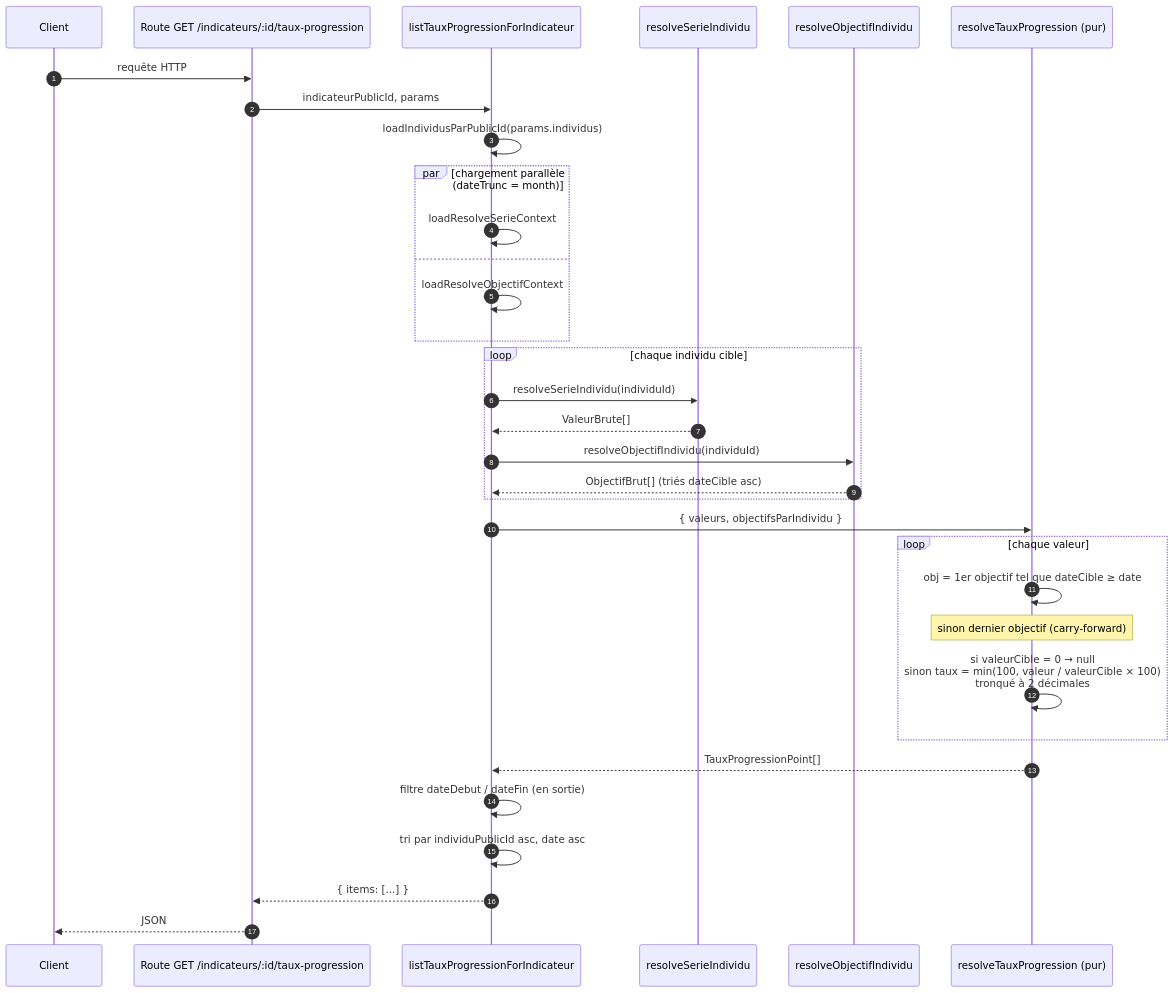
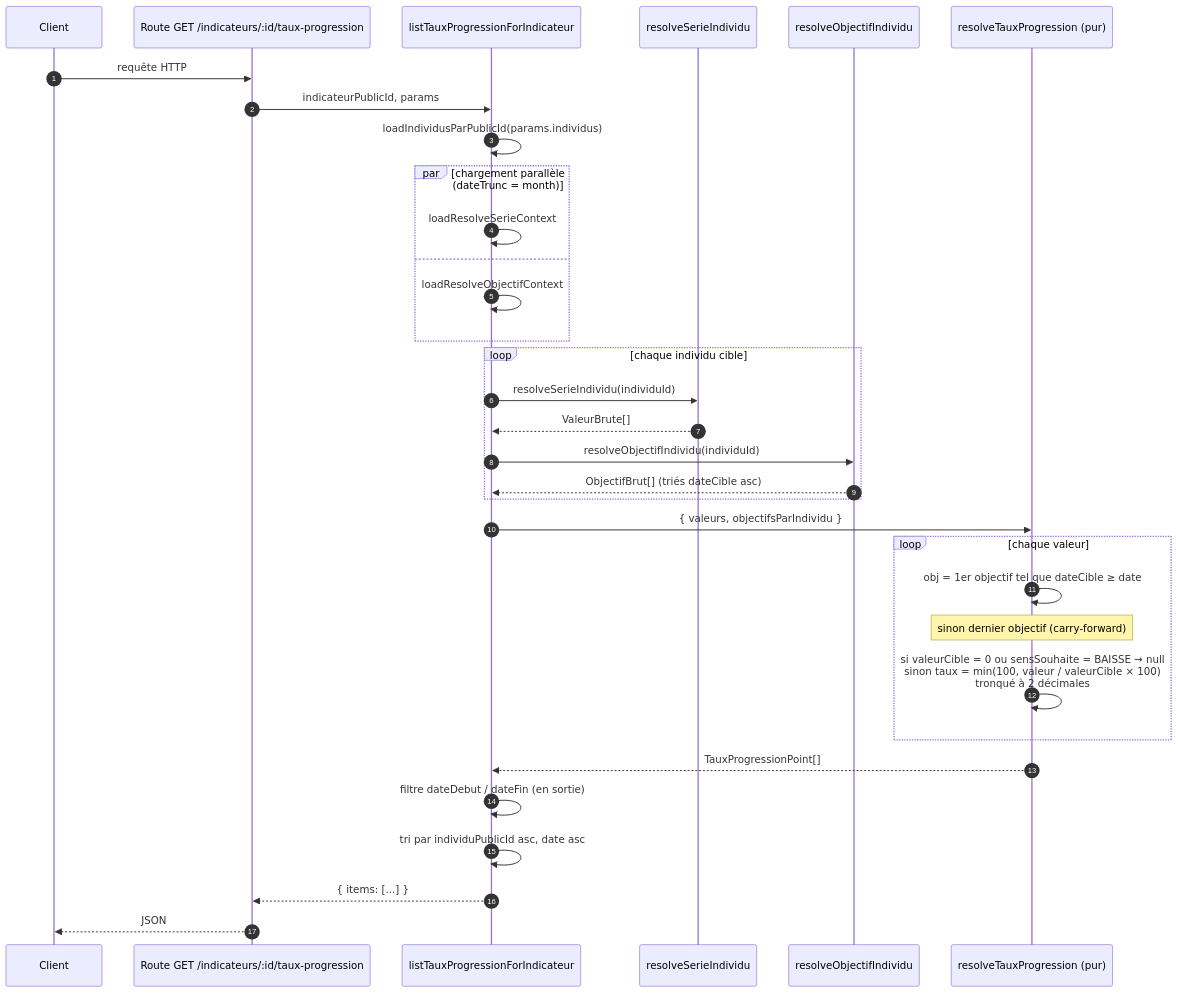
The first of 3 diagrams in apps/kpilote-api/docs/architecture/taux-progression.md (DITP-pilotage/pilote-2), drawn with Mermaid before and after one commit. The commit also changed other lines of this file and 16 other files, not shown here.

Commit message:
feat(kpilote): plus de taux de progression pour un indicateur à la baisse, en attendant son calcul dédié (PIL-1778)

````diff
--- a/apps/kpilote-api/docs/architecture/taux-progression.md
+++ b/apps/kpilote-api/docs/architecture/taux-progression.md
@@ -193,40 +206,40 @@
 ```mermaid
 sequenceDiagram
     autonumber
     participant C as Client
     participant R as Route GET /indicateurs/:id/taux-progression
     participant Q as listTauxProgressionForIndicateur
     participant S as resolveSerieIndividu
     participant O as resolveObjectifIndividu
     participant T as resolveTauxProgression (pur)
 
     C->>R: requête HTTP
     R->>Q: indicateurPublicId, params
     Q->>Q: loadIndividusParPublicId(params.individus)
 
     par chargement parallèle (dateTrunc = month)
         Q->>Q: loadResolveSerieContext
     and
         Q->>Q: loadResolveObjectifContext
     end
 
     loop chaque individu cible
         Q->>S: resolveSerieIndividu(individuId)
         S-->>Q: ValeurBrute[]
         Q->>O: resolveObjectifIndividu(individuId)
         O-->>Q: ObjectifBrut[] (triés dateCible asc)
     end
 
     Q->>T: { valeurs, objectifsParIndividu }
     loop chaque valeur
         T->>T: obj = 1er objectif tel que dateCible ≥ date
         Note over T: sinon dernier objectif (carry-forward)
-        T->>T: si valeurCible = 0 → null<br/>sinon taux = min(100, valeur / valeurCible × 100)<br/>tronqué à 2 décimales
+        T->>T: si valeurCible = 0 ou sensSouhaite = BAISSE → null<br/>sinon taux = min(100, valeur / valeurCible × 100)<br/>tronqué à 2 décimales
     end
     T-->>Q: TauxProgressionPoint[]
 
     Q->>Q: filtre dateDebut / dateFin (en sortie)
     Q->>Q: tri par individuPublicId asc, date asc
     Q-->>R: { items: [...] }
     R-->>C: JSON
 ```
````
